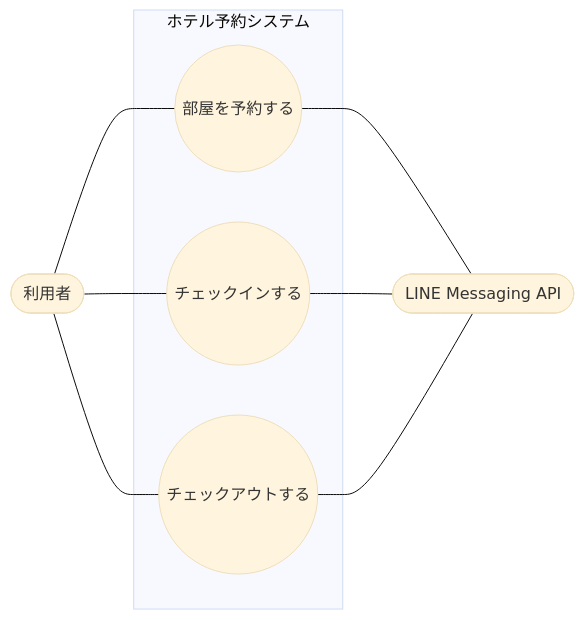
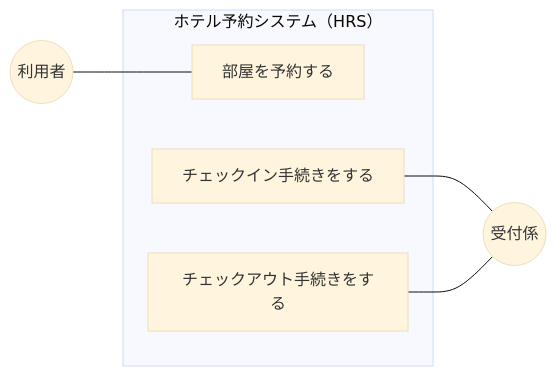
One commit to Kohki-tyl/HRS changed the first of 4 diagrams in Requirements_Analysis.md. Above: the diagram before and after it, drawn with Mermaid (base theme). The commit also changed other lines of this file, not shown here.

Commit message:
ユースケース図、アクティビティ図の訂正。

````diff
--- a/Requirements_Analysis.md
+++ b/Requirements_Analysis.md
@@ -30,18 +30,15 @@
 ```mermaid
 flowchart LR
-    Guest([利用者])
-    LINE([LINE Messaging API])
+    Guest((利用者))
+    Reception((受付係))
 
-    subgraph HRS[ホテル予約システム]
-        UC1(("部屋を予約する"))
-        UC2(("チェックインする"))
-        UC3(("チェックアウトする"))
+    subgraph HRS[ホテル予約システム（HRS）]
+        UC1["部屋を予約する"]
+        UC2["チェックイン手続きをする"]
+        UC3["チェックアウト手続きをする"]
     end
 
     Guest --- UC1
-    Guest --- UC2
-    Guest --- UC3
-    UC1 --- LINE
-    UC2 --- LINE
-    UC3 --- LINE
+    UC2 --- Reception
+    UC3 --- Reception
 ```
````
